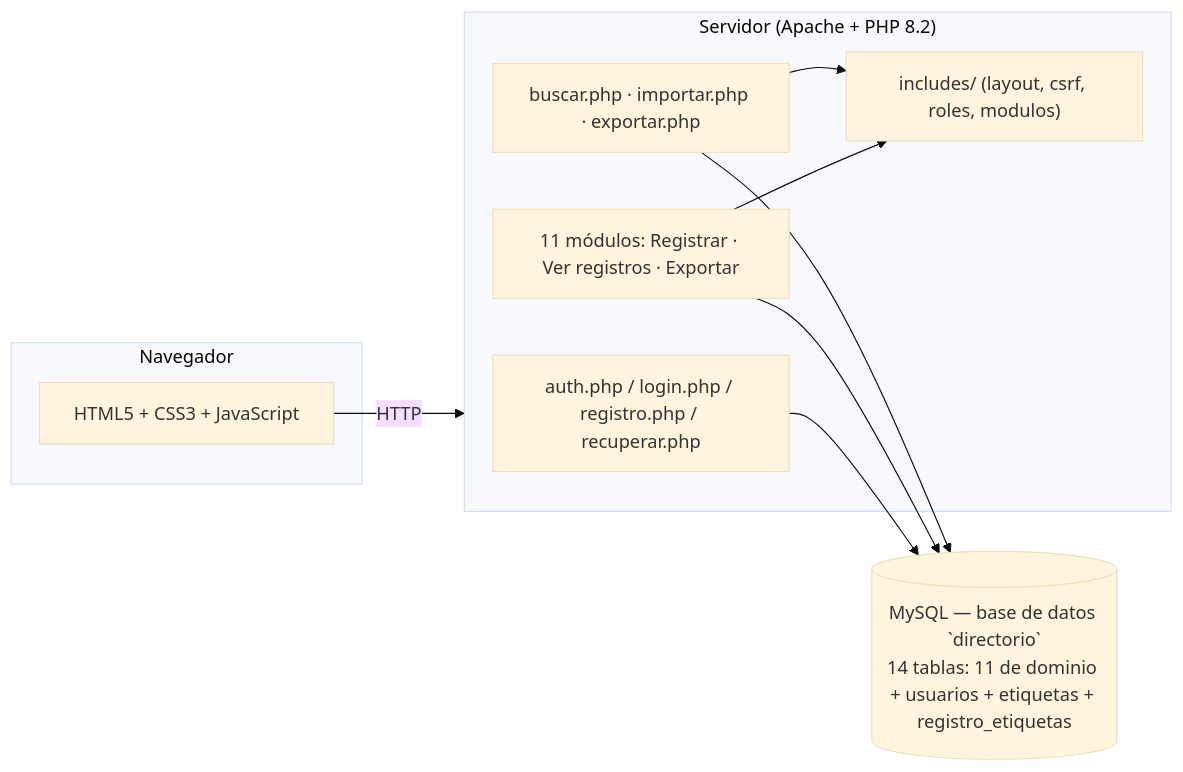
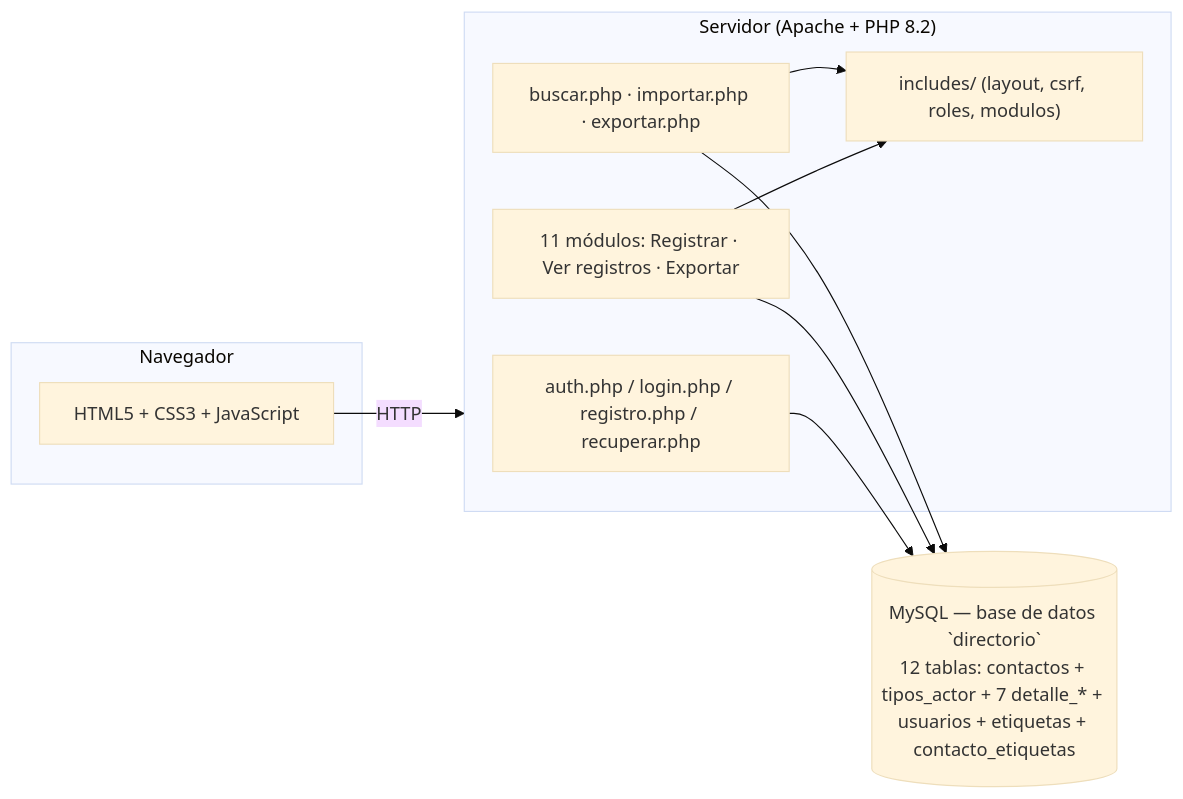
One commit to BrayanPaez15/proyecto-tesis changed the diagram in README.md. Above: the diagram before and after it, drawn with Mermaid (base theme). The commit also changed other lines of this file and 72 other files, not shown here.

````diff
--- a/README.md
+++ b/README.md
@@ -31,20 +33,20 @@
 ```mermaid
 flowchart LR
     subgraph Cliente["Navegador"]
         UI["HTML5 + CSS3 + JavaScript"]
     end
     subgraph Servidor["Servidor (Apache + PHP 8.2)"]
         Auth["auth.php / login.php / registro.php / recuperar.php"]
         Modulos["11 módulos: Registrar · Ver registros · Exportar"]
         Includes["includes/ (layout, csrf, roles, modulos)"]
         Herramientas["buscar.php · importar.php · exportar.php"]
     end
-    DB[("MySQL — base de datos `directorio`\n14 tablas: 11 de dominio + usuarios + etiquetas + registro_etiquetas")]
+    DB[("MySQL — base de datos `directorio`\n12 tablas: contactos + tipos_actor + 7 detalle_* + usuarios + etiquetas + contacto_etiquetas")]
 
     UI -->|HTTP| Servidor
     Auth --> DB
     Modulos --> Includes
     Modulos --> DB
     Herramientas --> Includes
     Herramientas --> DB
 ```
````
